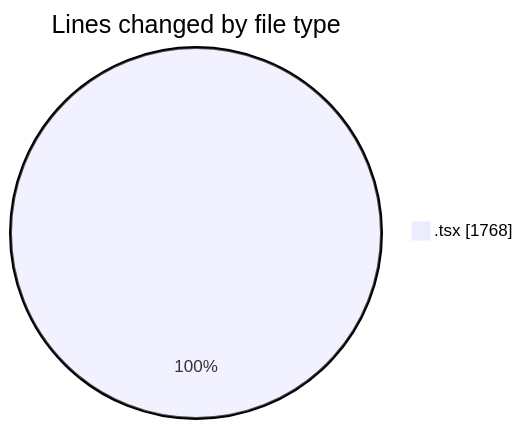
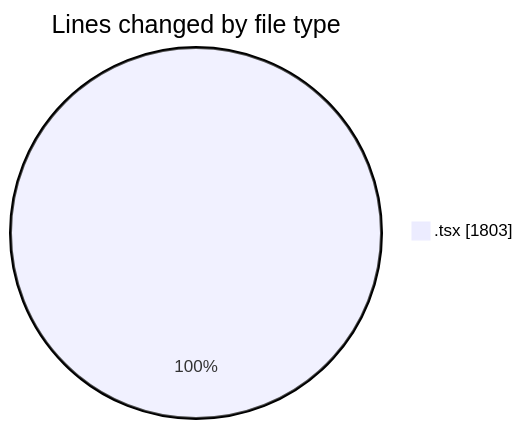
The first of 2 diagrams in 2025-05-29/kimberly-groups/README.md (JenPaints/code-tracking), drawn with Mermaid before and after one commit. The commit also changed other lines of this file and 1 other file, not shown here.

````diff
--- a/2025-05-29/kimberly-groups/README.md
+++ b/2025-05-29/kimberly-groups/README.md
@@ -24,5 +25,5 @@
 ```mermaid
 pie showData
 title Lines changed by file type
-".tsx" : 1768
+".tsx" : 1803
 ```
````
